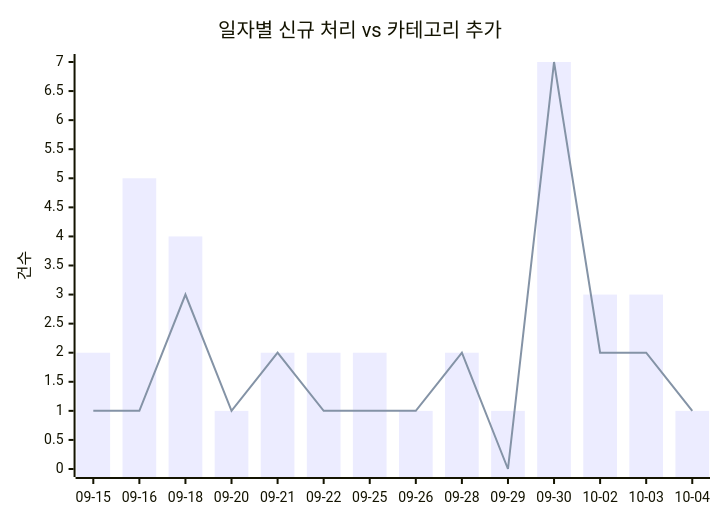
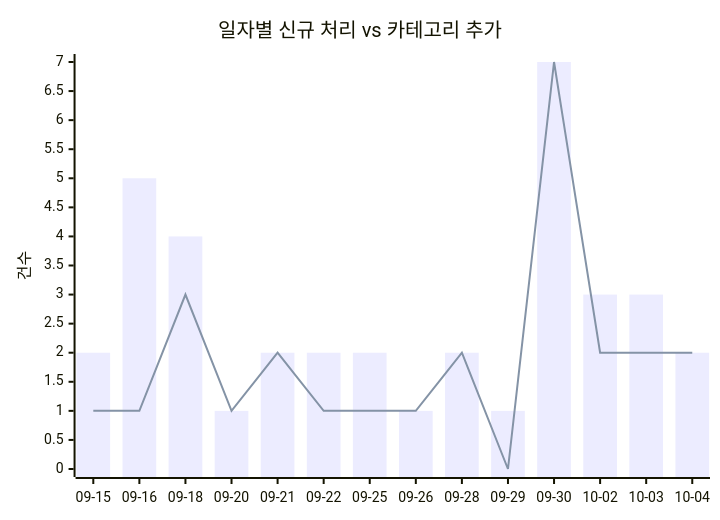
The first of 2 diagrams in docs/trends.md (J-nowcow/awesome-korean-agent-skills), drawn with Mermaid before and after one commit. The commit also changed other lines of this file and 3 other files, not shown here.

````diff
--- a/docs/trends.md
+++ b/docs/trends.md
@@ -32,8 +32,8 @@
 ```mermaid
 xychart-beta
     title "일자별 신규 처리 vs 카테고리 추가"
     x-axis ["09-15","09-16","09-18","09-20","09-21","09-22","09-25","09-26","09-28","09-29","09-30","10-02","10-03","10-04"]
     y-axis "건수"
-    bar [2,5,4,1,2,2,2,1,2,1,7,3,3,1]
-    line [1,1,3,1,2,1,1,1,2,0,7,2,2,1]
+    bar [2,5,4,1,2,2,2,1,2,1,7,3,3,2]
+    line [1,1,3,1,2,1,1,1,2,0,7,2,2,2]
 ```
````
